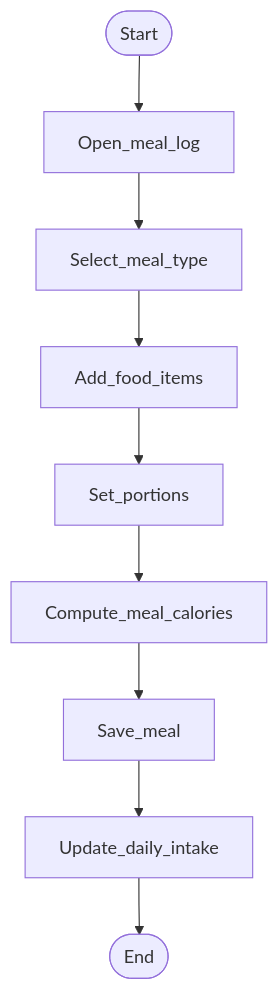
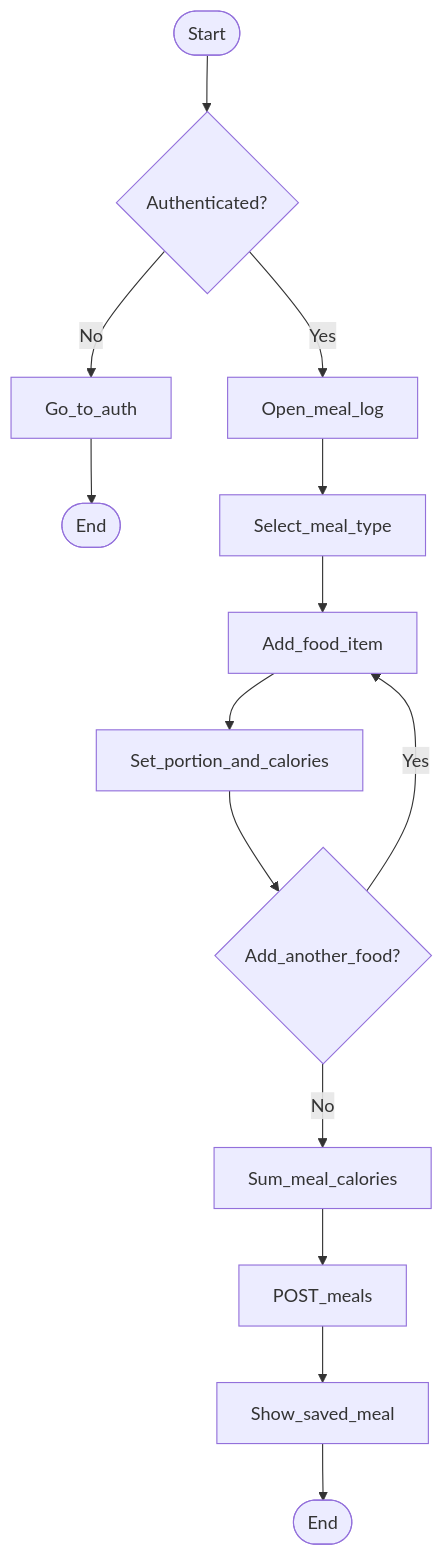
The diagram in docs/architecture/activity-meal.md (RtinFp/relapsa), drawn with Mermaid before and after one commit. The commit also changed other lines of this file and 5 other files, not shown here.

````diff
--- a/docs/architecture/activity-meal.md
+++ b/docs/architecture/activity-meal.md
@@ -5,11 +3,16 @@
 ```mermaid
 flowchart TD
-  A([Start]) --> B[Open_meal_log]
-  B --> C[Select_meal_type]
-  C --> D[Add_food_items]
-  D --> E[Set_portions]
-  E --> F[Compute_meal_calories]
-  F --> G[Save_meal]
-  G --> H[Update_daily_intake]
-  H --> I([End])
+  startNode([Start]) --> auth{Authenticated?}
+  auth -->|No| login[Go_to_auth]
+  login --> endFail([End])
+  auth -->|Yes| open[Open_meal_log]
+  open --> type[Select_meal_type]
+  type --> add[Add_food_item]
+  add --> portion[Set_portion_and_calories]
+  portion --> more{Add_another_food?}
+  more -->|Yes| add
+  more -->|No| total[Sum_meal_calories]
+  total --> save[POST_meals]
+  save --> confirm[Show_saved_meal]
+  confirm --> endOk([End])
 ```
````
